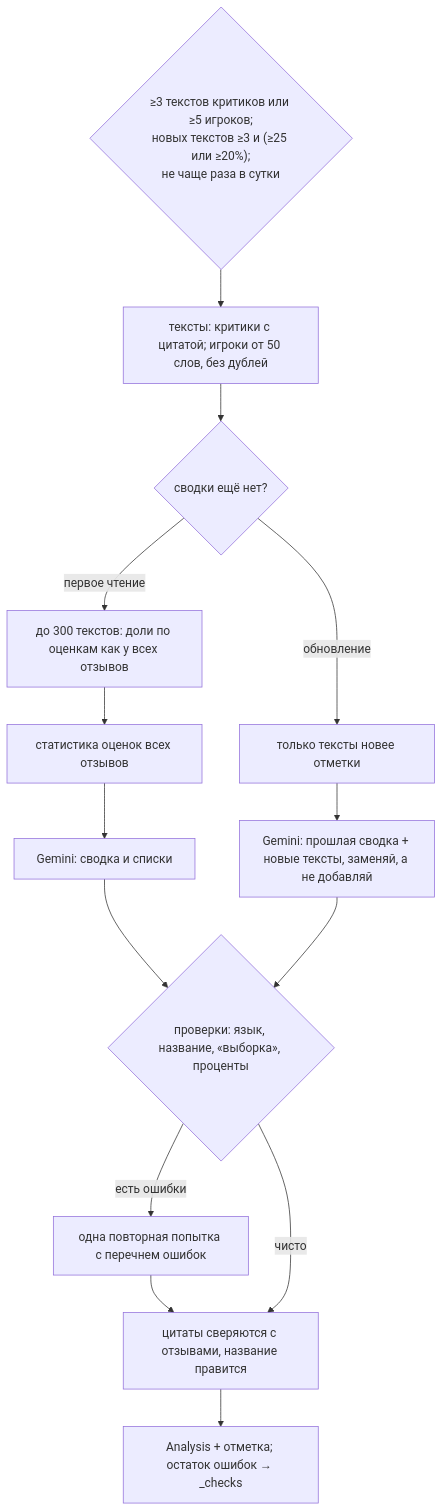
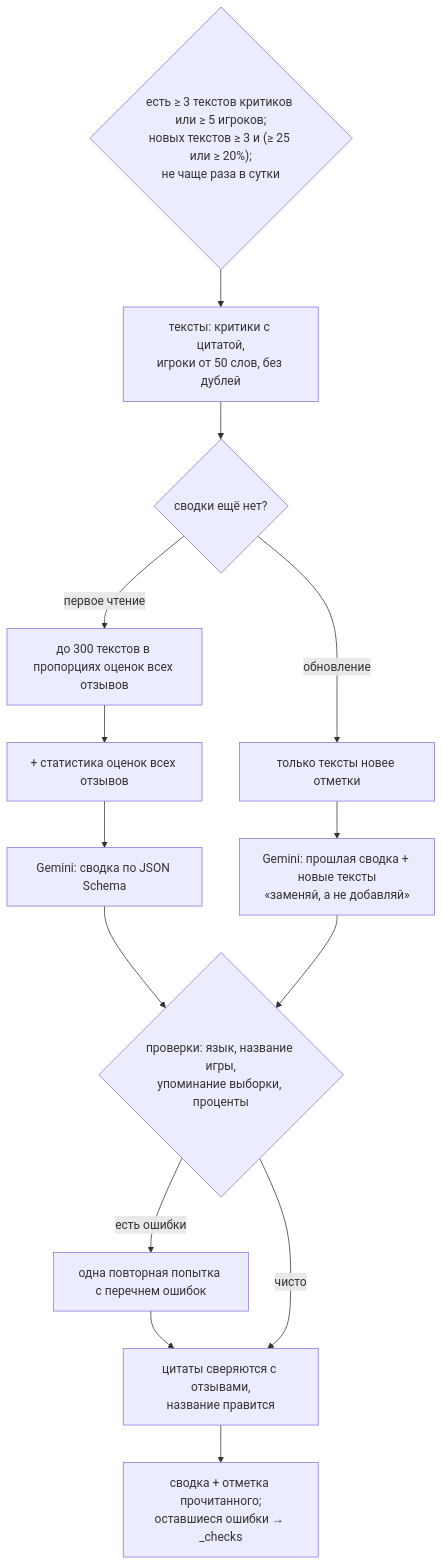
One commit to Mr-Bill1999/game_crowler_service changed the fourth of 8 diagrams in README.md. Above: the diagram before and after it, drawn with Mermaid. The commit also changed other lines of this file and 2 other files, not shown here.

Commit message:
README: current architecture in detail; docs without work history

````diff
--- a/README.md
+++ b/README.md
@@ -346,10 +185,12 @@
 ```mermaid
 flowchart TD
-  TR{"≥3 текстов критиков или ≥5 игроков;<br/>новых текстов ≥3 и (≥25 или ≥20%);<br/>не чаще раза в сутки"} --> P["тексты: критики с цитатой; игроки от 50 слов, без дублей"]
+  TR{"есть ≥ 3 текстов критиков или ≥ 5 игроков;<br/>новых текстов ≥ 3 и (≥ 25 или ≥ 20%);<br/>не чаще раза в сутки"} --> P["тексты: критики с цитатой,<br/>игроки от 50 слов, без дублей"]
   P --> FIRST{"сводки ещё нет?"}
-  FIRST -- "первое чтение" --> SMP["до 300 текстов: доли по оценкам как у всех отзывов"] --> ST["статистика оценок всех отзывов"] --> GEN["Gemini: сводка и списки"]
-  FIRST -- "обновление" --> NEW["только тексты новее отметки"] --> UPD["Gemini: прошлая сводка + новые тексты, заменяй, а не добавляй"]
-  GEN & UPD --> CHK{"проверки: язык, название, «выборка», проценты"}
+  FIRST -- "первое чтение" --> SMP["до 300 текстов в пропорциях оценок всех отзывов"]
+  SMP --> ST["+ статистика оценок всех отзывов"] --> GEN["Gemini: сводка по JSON Schema"]
+  FIRST -- "обновление" --> NEW["только тексты новее отметки"] --> UPD["Gemini: прошлая сводка + новые тексты<br/>«заменяй, а не добавляй»"]
+  GEN & UPD --> CHK{"проверки: язык, название игры,<br/>упоминание выборки, проценты"}
   CHK -- "есть ошибки" --> RETRY["одна повторная попытка с перечнем ошибок"] --> FIX
-  CHK -- "чисто" --> FIX["цитаты сверяются с отзывами, название правится"] --> SAVE["Analysis + отметка; остаток ошибок → _checks"]
+  CHK -- "чисто" --> FIX["цитаты сверяются с отзывами,<br/>название правится"]
+  FIX --> SAVE["сводка + отметка прочитанного;<br/>оставшиеся ошибки → _checks"]
 ```
````
